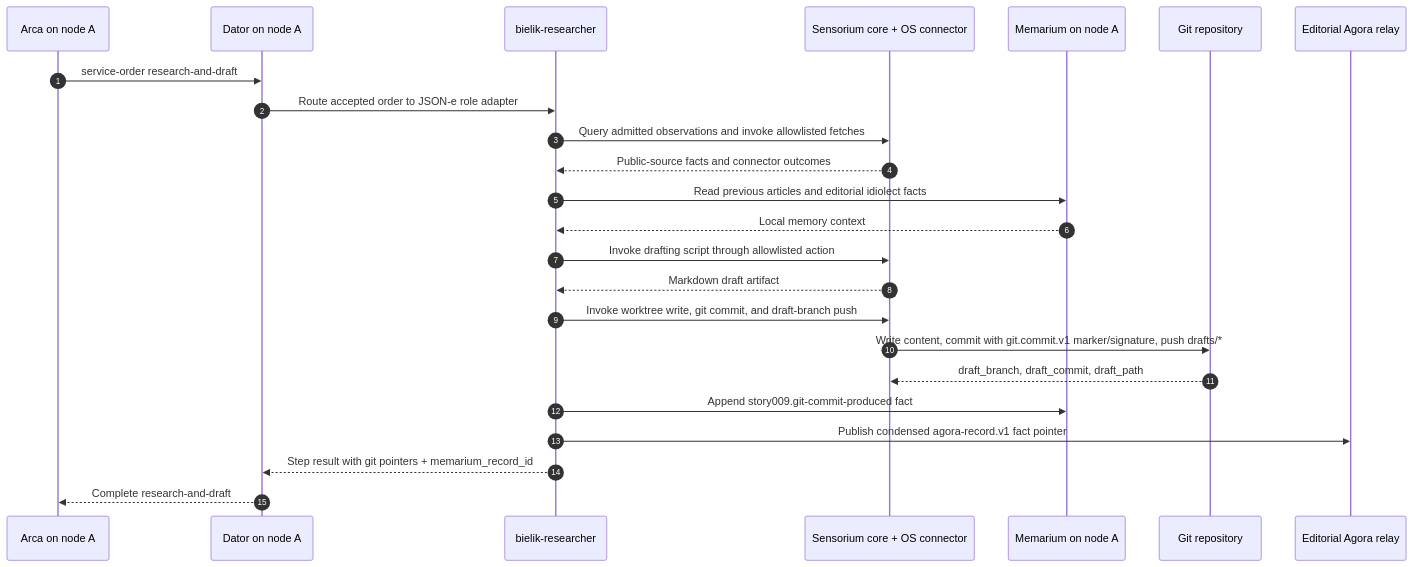
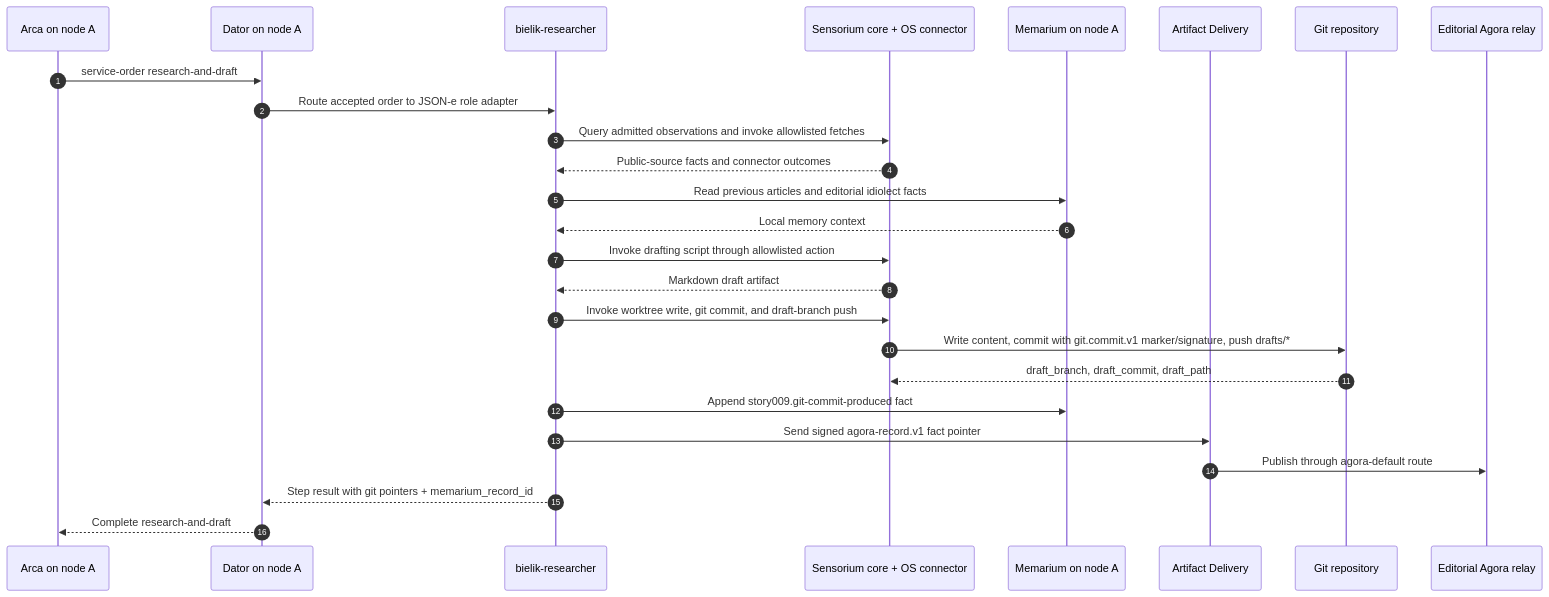
One commit to diapod/orbidocs changed the second of 5 diagrams in doc/project/30-stories/story-009-bielik-blog-arca.md. Above: the diagram before and after it, drawn with Mermaid. The commit also changed other lines of this file and 3 other files, not shown here.

Commit message:
Artifact Delivery / INAC: diagrams updated

````diff
--- a/doc/project/30-stories/story-009-bielik-blog-arca.md
+++ b/doc/project/30-stories/story-009-bielik-blog-arca.md
@@ -1108,27 +1108,29 @@
 ```mermaid
 sequenceDiagram
     autonumber
     participant ArcaA as Arca on node A
     participant DatorA as Dator on node A
     participant ResearcherA as bielik-researcher
     participant SensoriumA as Sensorium core + OS connector
     participant MemariumA as Memarium on node A
+    participant AD as Artifact Delivery
     participant Git as Git repository
     participant AgoraRelay as Editorial Agora relay
 
     ArcaA->>DatorA: service-order research-and-draft
     DatorA->>ResearcherA: Route accepted order to JSON-e role adapter
     ResearcherA->>SensoriumA: Query admitted observations and invoke allowlisted fetches
     SensoriumA-->>ResearcherA: Public-source facts and connector outcomes
     ResearcherA->>MemariumA: Read previous articles and editorial idiolect facts
     MemariumA-->>ResearcherA: Local memory context
     ResearcherA->>SensoriumA: Invoke drafting script through allowlisted action
     SensoriumA-->>ResearcherA: Markdown draft artifact
     ResearcherA->>SensoriumA: Invoke worktree write, git commit, and draft-branch push
     SensoriumA->>Git: Write content, commit with git.commit.v1 marker/signature, push drafts/*
     Git-->>SensoriumA: draft_branch, draft_commit, draft_path
     ResearcherA->>MemariumA: Append story009.git-commit-produced fact
-    ResearcherA->>AgoraRelay: Publish condensed agora-record.v1 fact pointer
+    ResearcherA->>AD: Send signed agora-record.v1 fact pointer
+    AD->>AgoraRelay: Publish through agora-default route
     ResearcherA-->>DatorA: Step result with git pointers + memarium_record_id
     DatorA-->>ArcaA: Complete research-and-draft
 ```
````
